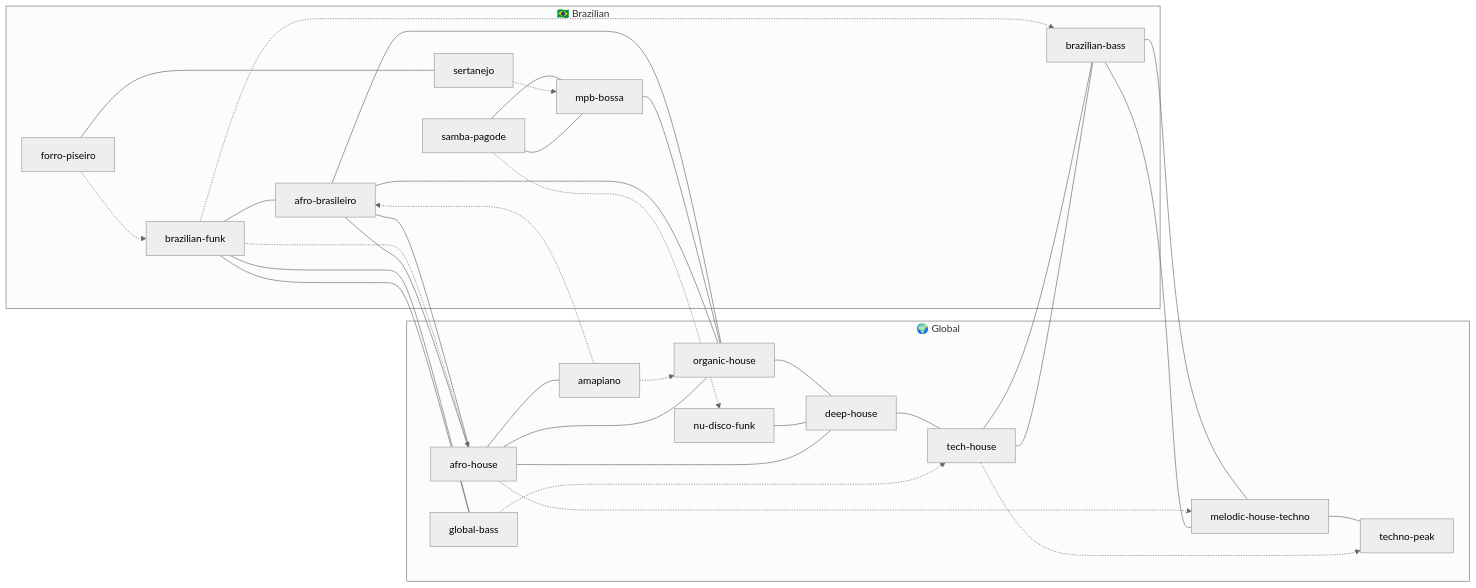
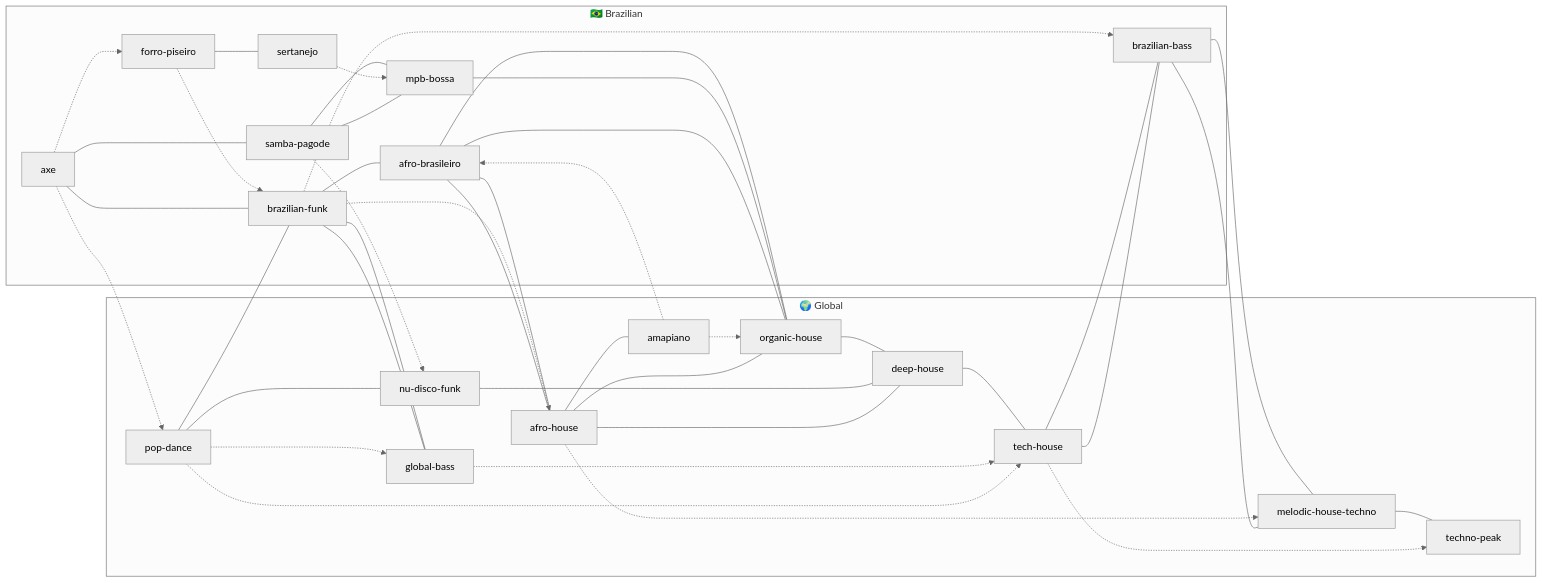
One commit to nansravn/nextrack changed the diagram in docs/genre-graph.md. Above: the diagram before and after it, drawn with Mermaid (neutral theme). The commit also changed other lines of this file and 10 other files, not shown here.

````diff
--- a/docs/genre-graph.md
+++ b/docs/genre-graph.md
@@ -39,57 +41,68 @@
 ```mermaid
 graph LR
   subgraph BR["🇧🇷 Brazilian"]
     FUNK["brazilian-funk"]
     BBASS["brazilian-bass"]
     AFROBR["afro-brasileiro"]
     SAMBA["samba-pagode"]
     FORRO["forro-piseiro"]
     SERT["sertanejo"]
     MPB["mpb-bossa"]
+    AXE["axe"]
   end
   subgraph GL["🌍 Global"]
     ORG["organic-house"]
     DEEP["deep-house"]
     TECH["tech-house"]
     AFRO["afro-house"]
     AMA["amapiano"]
     MELO["melodic-house-techno"]
     TEKNO["techno-peak"]
     DISCO["nu-disco-funk"]
     GBASS["global-bass"]
+    POPD["pop-dance"]
   end
 
   FUNK --- GBASS
   FUNK --- AFROBR
   BBASS --- TECH
   BBASS --- MELO
   AFROBR --- AFRO
   AFROBR --- ORG
   SAMBA --- MPB
   FORRO --- SERT
   MPB --- ORG
   MPB --- SAMBA
   ORG --- DEEP
   ORG --- AFRO
   ORG --- AFROBR
   DEEP --- TECH
   DEEP --- AFRO
   TECH --- BBASS
   AFRO --- AMA
   AFRO --- AFROBR
   MELO --- TEKNO
   MELO --- BBASS
   GBASS --- FUNK
   DISCO --- DEEP
 
   FUNK -.-> BBASS
   FUNK -.-> AFRO
   AFRO -.-> MELO
   AMA -.-> AFROBR
   AMA -.-> ORG
   TECH -.-> TEKNO
   SERT -.-> MPB
   FORRO -.-> FUNK
   SAMBA -.-> DISCO
   GBASS -.-> TECH
+
+  AXE --- FUNK
+  AXE --- SAMBA
+  POPD --- FUNK
+  POPD --- DISCO
+  AXE -.-> POPD
+  AXE -.-> FORRO
+  POPD -.-> GBASS
+  POPD -.-> TECH
 ```
````
